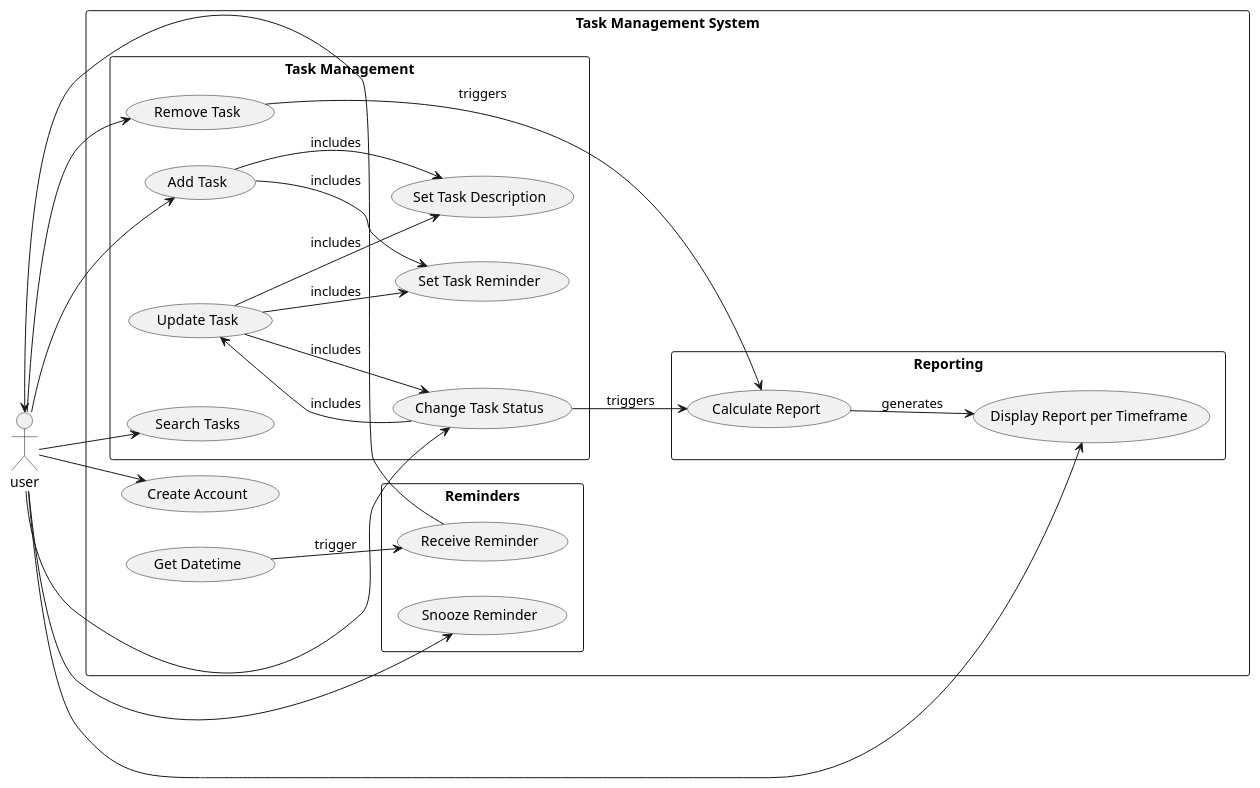
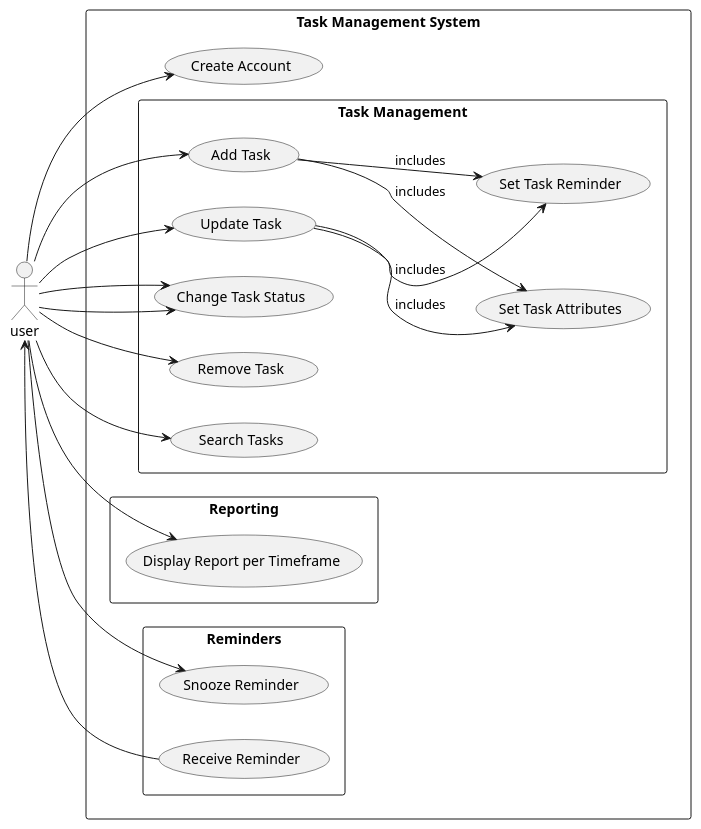
Before and after one commit to Wessam100/On-Time-: the diagram in Use-Case.puml, drawn with PlantUML. The commit also changed 6 other files, not shown here.

First line of the commit message:
6 task related usecase descriptions are added

```diff
--- a/Use-Case.puml
+++ b/Use-Case.puml
@@ -1,60 +1,57 @@
 @startuml use-case
 left to right direction
 
 actor user 
 
 
 rectangle "Task Management System" {
     usecase "Create Account" as UC1
     
     rectangle "Task Management" {
         usecase "Add Task" as UC2
-        usecase "Set Task Description" as UC3
+        usecase "Set Task Attributes" as UC3
         usecase "Set Task Reminder" as UC4
         usecase "Update Task" as UC7
         usecase "Change Task Status" as UC6
         usecase "Remove Task" as UC8
         usecase "Search Tasks" as UC5
     }
 
     rectangle "Reminders" {
         usecase "Receive Reminder" as UC9
         usecase "Snooze Reminder" as UC10
     }
 
     rectangle "Reporting" {
-        usecase "Calculate Report" as UC11
+       
         usecase "Display Report per Timeframe" as UC12
     }
 
-    usecase "Get Datetime" as UC13
 }
 
 ' User interactions
 user --> UC1
 user --> UC2
 user --> UC5
 user --> UC6
 user --> UC8
 user --> UC10
 user --> UC12
-
+user --> UC7
+user --> UC6
 
 
 ' Relationships between use cases
 UC2 --> UC3 : includes
 UC2 --> UC4 : includes
 UC7 --> UC3 : includes
 UC7 --> UC4 : includes
-UC6 --> UC7 : includes
-UC7 --> UC6 : includes
-UC6 --> UC11 : triggers
-UC8 --> UC11 : triggers
-UC11 --> UC12 : generates
-UC13 --> UC9 : trigger
+
+
+
 
 ' Reminder notifications
 UC9 --> user
 
 
 @enduml
```
